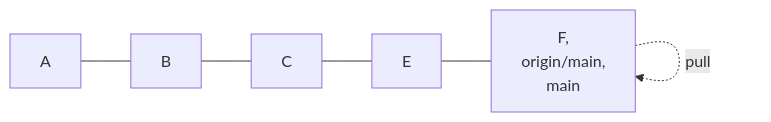
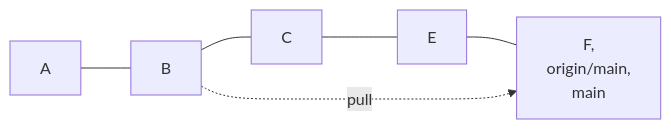
One commit to hablatraining/git-learning changed the ninth of 10 diagrams in README.md. Above: the diagram before and after it, drawn with Mermaid. The commit also changed other lines of this file, not shown here.

````diff
--- a/README.md
+++ b/README.md
@@ -598,8 +730,8 @@
 ```mermaid
 flowchart LR
    A --- B
    B --- C
    C --- E
    E --- F[F,\n origin/main,\n main]
-   F -.-> |pull|F
+   B -.-> |pull|F
 ```
````
